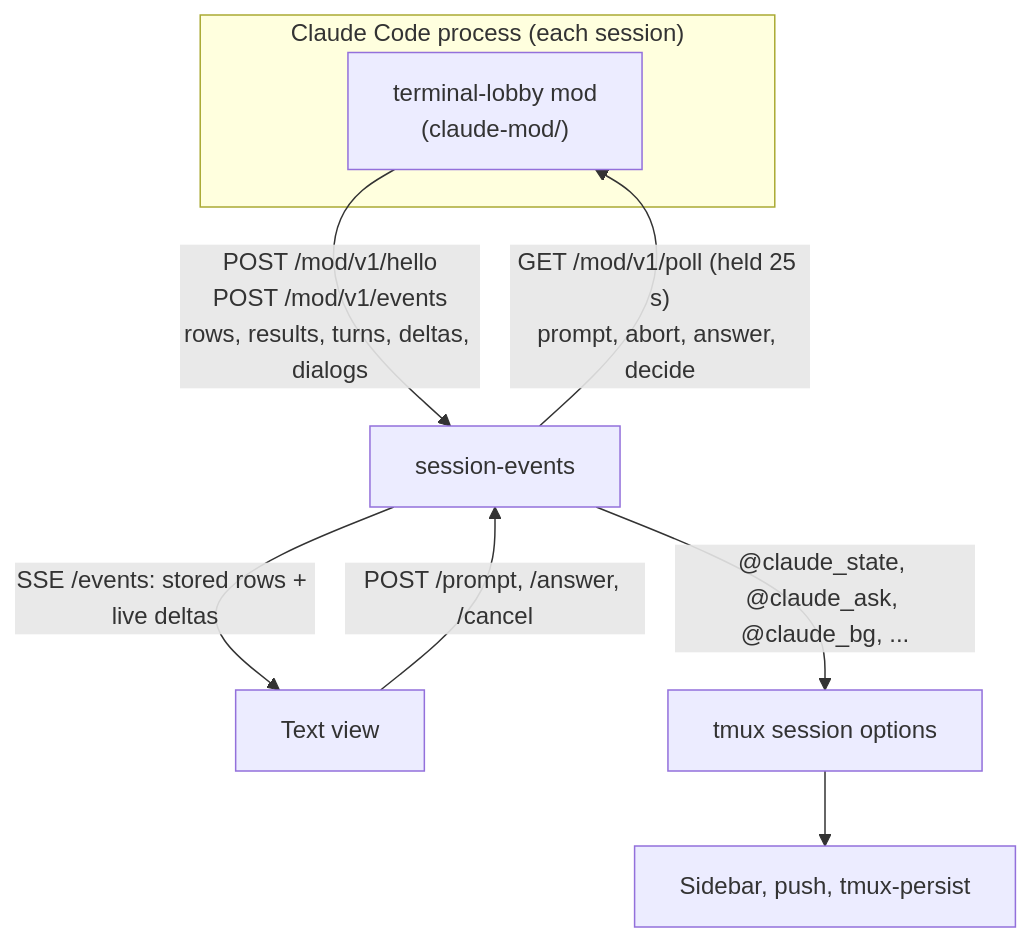
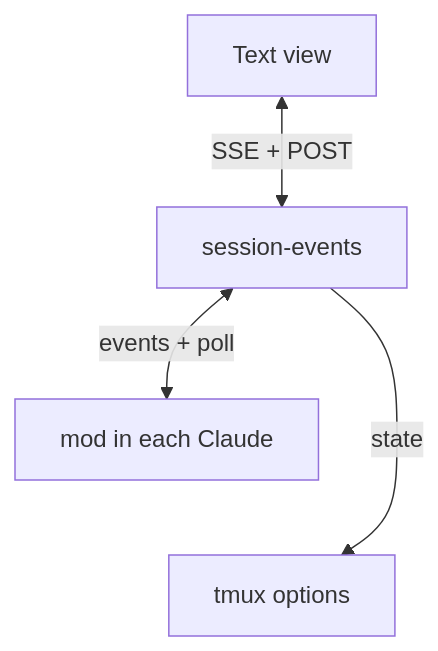
One commit to ViktorBarzin/terminal-lobby changed the diagram in docs/adr/0036-claude-speaks-to-the-lobby-through-a-mod.md. Above: the diagram before and after it, drawn with Mermaid.

Commit message:
docs(adr-0036): fit the diagram on a phone

````diff
--- a/docs/adr/0036-claude-speaks-to-the-lobby-through-a-mod.md
+++ b/docs/adr/0036-claude-speaks-to-the-lobby-through-a-mod.md
@@ -17,12 +17,7 @@
 ```mermaid
 flowchart TD
-  subgraph claude["Claude Code process (each session)"]
-    mod["terminal-lobby mod<br/>(claude-mod/)"]
-  end
-  mod -- "POST /mod/v1/hello<br/>POST /mod/v1/events<br/>rows, results, turns, deltas, dialogs" --> se["session-events"]
-  se -- "GET /mod/v1/poll (held 25 s)<br/>prompt, abort, answer, decide" --> mod
-  se -- "SSE /events: stored rows + live deltas" --> tv["Text view"]
-  tv -- "POST /prompt, /answer, /cancel" --> se
-  se -- "@claude_state, @claude_ask, @claude_bg, ..." --> tmux["tmux session options"]
-  tmux --> sidebar["Sidebar, push, tmux-persist"]
+  tv["Text view"] <-->|"SSE + POST"| se["session-events"]
+  se <-->|"events + poll"| mod["mod in each Claude"]
+  mod ~~~ tmux["tmux options"]
+  se -->|"state"| tmux
 ```
````
